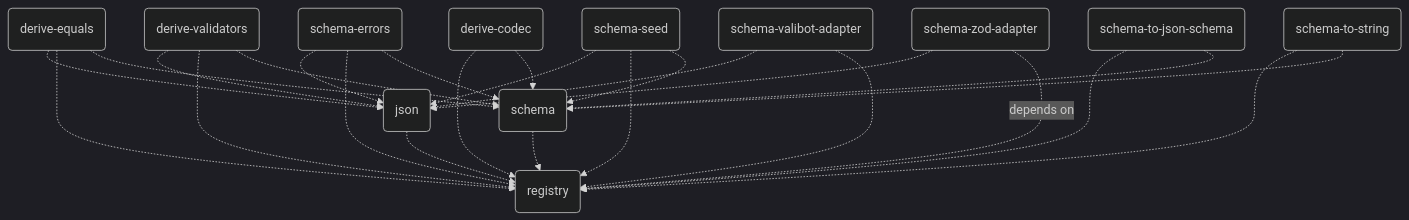
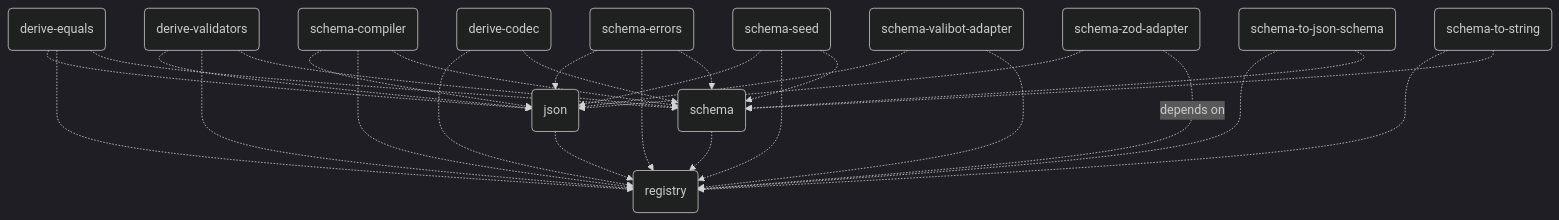
One commit to traversable/schema changed the diagram in README.md. Above: the diagram before and after it, drawn with Mermaid (dark theme). The commit also changed 27 other files, not shown here.

````diff
--- a/README.md
+++ b/README.md
@@ -411,28 +411,31 @@
 ```mermaid
 flowchart TD
     registry(registry)
     json(json) -.-> registry(registry)
     schema(schema) -.-> registry(registry)
     derive-codec(derive-codec) -.-> registry(registry)
     derive-codec(derive-codec) -.-> schema(schema)
     derive-equals(derive-equals) -.-> json(json)
     derive-equals(derive-equals) -.-> registry(registry)
     derive-equals(derive-equals) -.-> schema(schema)
     derive-validators(derive-validators) -.-> json(json)
     derive-validators(derive-validators) -.-> registry(registry)
     derive-validators(derive-validators) -.-> schema(schema)
+    schema-compiler(schema-compiler) -.-> json(json)
+    schema-compiler(schema-compiler) -.-> registry(registry)
+    schema-compiler(schema-compiler) -.-> schema(schema)
     schema-errors(schema-errors) -.-> json(json)
     schema-errors(schema-errors) -.-> registry(registry)
     schema-errors(schema-errors) -.-> schema(schema)
     schema-seed(schema-seed) -.-> json(json)
     schema-seed(schema-seed) -.-> registry(registry)
     schema-seed(schema-seed) -.-> schema(schema)
     schema-to-json-schema(schema-to-json-schema) -.-> registry(registry)
     schema-to-json-schema(schema-to-json-schema) -.-> schema(schema)
     schema-to-string(schema-to-string) -.-> registry(registry)
     schema-to-string(schema-to-string) -.-> schema(schema)
     schema-valibot-adapter(schema-valibot-adapter) -.-> json(json)
     schema-valibot-adapter(schema-valibot-adapter) -.-> registry(registry)
     schema-zod-adapter(schema-zod-adapter) -.-> json(json)
     schema-zod-adapter(schema-zod-adapter) -.depends on.-> registry(registry)
 ```
````
